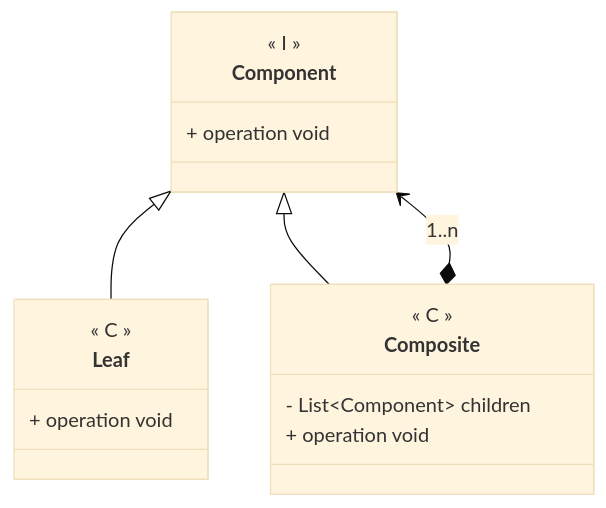
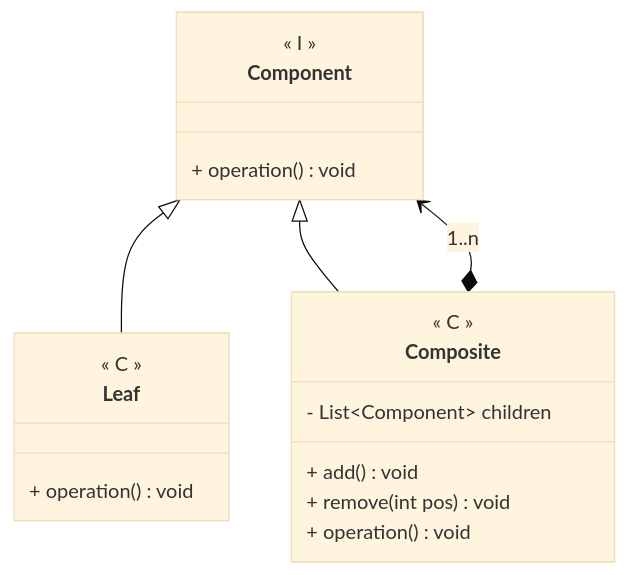
The diagram in Programming/Patterns/data/Composite.md (angelromarco04/MyNotes), drawn with Mermaid (base theme) before and after one commit. The commit also changed other lines of this file, not shown here.

Commit message:
vault backup: 2024-03-16 20:53:32

````diff
--- a/Programming/Patterns/data/Composite.md
+++ b/Programming/Patterns/data/Composite.md
@@ -26,23 +25,25 @@
 ```mermaid
 classDiagram
 direction TB
 Component <|-- Leaf
 Component <|-- Composite
 Composite *--> Component : 1..n
 
 class Component {
 	<< I >>
-	+ operation void
+	+ operation() void
 }
 
 class Leaf {
 	<< C >>
-	+ operation void
+	+ operation() void
 }
 
 class Composite {
 	<< C >>
 	- List~Component~ children
-	+ operation void
+	+ add() void
+	+ remove(int pos) void
+	+ operation() void
 }
 ```
````
